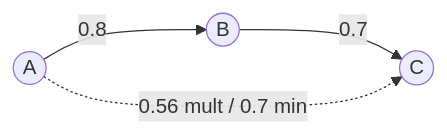
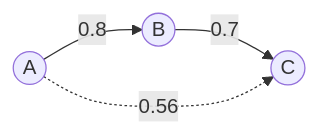
The second of 6 diagrams in apps/delegation-risk/src/content/docs/getting-started/core-concepts.md (quantified-uncertainty/cairn), drawn with Mermaid before and after one commit. The commit also changed other lines of this file and 14 other files, not shown here.

````diff
--- a/apps/delegation-risk/src/content/docs/getting-started/core-concepts.md
+++ b/apps/delegation-risk/src/content/docs/getting-started/core-concepts.md
@@ -100,6 +97,6 @@
 ```mermaid
 graph LR
     A((A)) -->|"0.8"| B((B))
     B -->|"0.7"| C((C))
-    A -.->|"0.56 mult / 0.7 min"| C
+    A -.->|"0.56"| C
 ```
````
